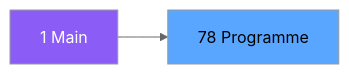
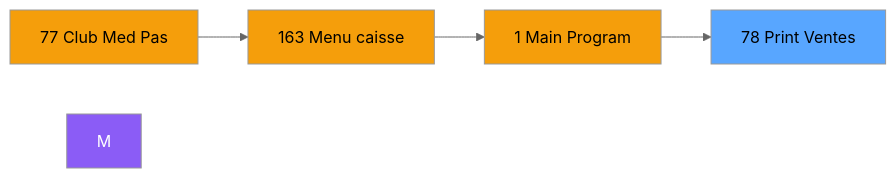
One commit to thonyAGP/magic-migration changed the second of 3 diagrams in .openspec/specs/ADH-IDE-78.md. Above: the diagram before and after it, drawn with Mermaid (neutral theme). The commit also changed other lines of this file and 323 other files, not shown here.

````diff
--- a/.openspec/specs/ADH-IDE-78.md
+++ b/.openspec/specs/ADH-IDE-78.md
@@ -101,8 +115,15 @@
 ```mermaid
 graph LR
-    M[1 Main]
-    T[78 Programme]
-    M --> T
+    N77[77 Club Med Pas]
+    N163[163 Menu caisse ]
+    N1[1 Main Program]
+    T[78 Print Ventes]
+    N77 --> N163
+    N163 --> N1
+    N1 --> T
     style M fill:#8b5cf6,color:#fff
+    style N77 fill:#f59e0b
+    style N163 fill:#f59e0b
+    style N1 fill:#f59e0b
     style T fill:#58a6ff,color:#000
 ```
````
